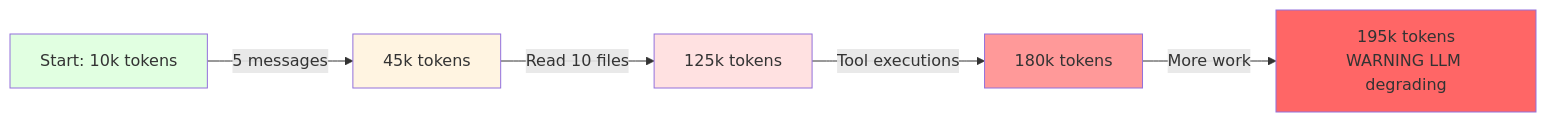
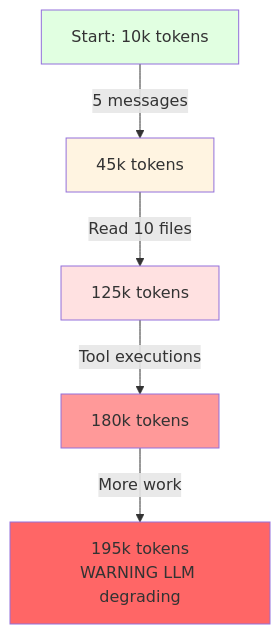
The third of 3 diagrams in docs/02_context.md (uz0/llm), drawn with Mermaid before and after one commit. The commit also changed other lines of this file and 4 other files, not shown here.

````diff
--- a/docs/02_context.md
+++ b/docs/02_context.md
@@ -282,13 +281,13 @@
 ```mermaid
-graph LR
+graph TD
     A["Start: 10k tokens"] -->|5 messages| B["45k tokens"]
     B -->|Read 10 files| C["125k tokens"]
     C -->|Tool executions| D["180k tokens"]
     D -->|More work| E["195k tokens<br/>WARNING LLM degrading"]
 
     style A fill:#e1ffe1
     style B fill:#fff4e1
     style C fill:#ffe1e1
     style D fill:#ff9999
     style E fill:#ff6666
 ```
````
